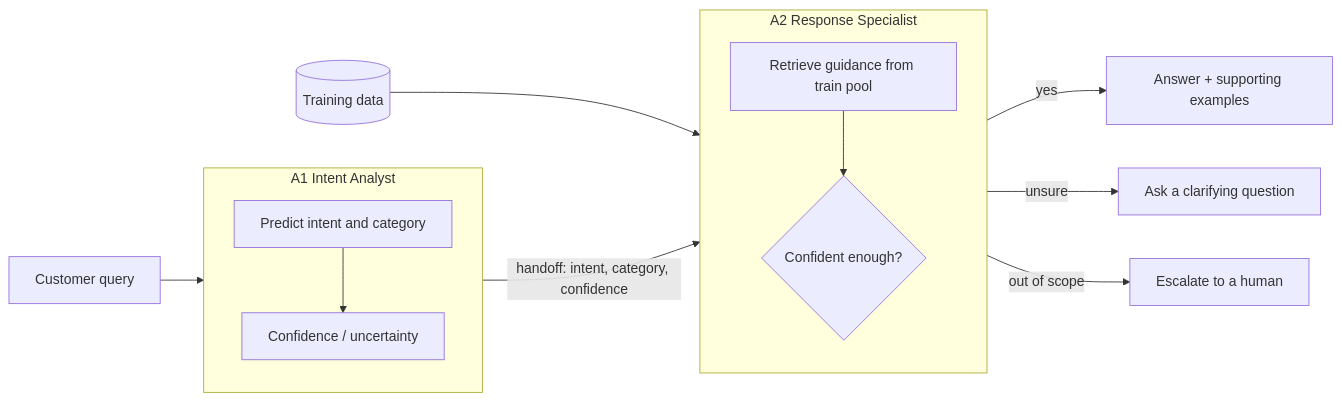
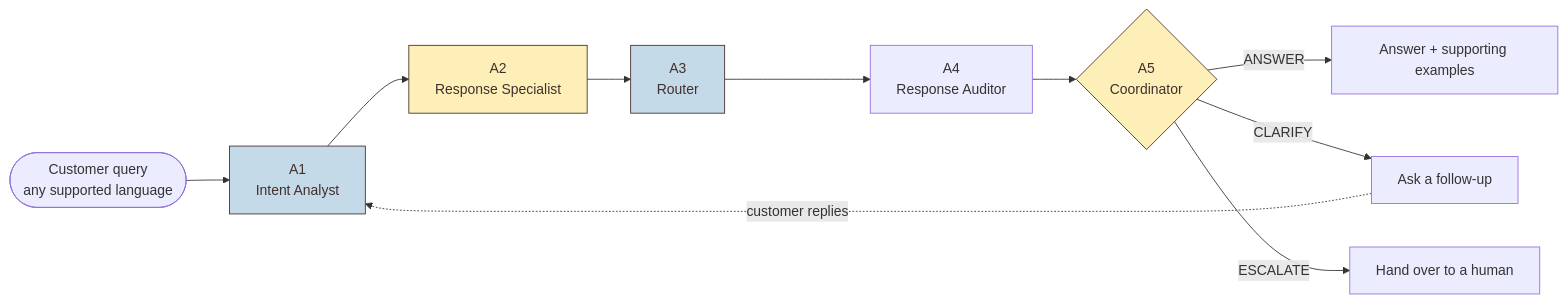
The first of 2 diagrams in README.md (soulyuloid34/grahak-seva), drawn with Mermaid before and after one commit. The commit also changed other lines of this file and 40 other files, not shown here.

Commit message:
add landing page, new query UI, charts and navbar

````diff
--- a/README.md
+++ b/README.md
@@ -9,21 +11,18 @@
 ```mermaid
 flowchart LR
-    Q[Customer query] --> A1
-    subgraph A1[A1 Intent Analyst]
-        direction TB
-        I[Predict intent and category]
-        C[Confidence / uncertainty]
-        I --> C
-    end
-    A1 -- "handoff: intent, category, confidence" --> A2
-    subgraph A2[A2 Response Specialist]
-        direction TB
-        R[Retrieve guidance from train pool]
-        D{Confident enough?}
-        R --> D
-    end
-    T[(Training data)] --> R
-    D -- yes --> ANS[Answer + supporting examples]
-    D -- unsure --> CL[Ask a clarifying question]
-    D -- out of scope --> ES[Escalate to a human]
+    Q(["Customer query<br/>any supported language"]) --> A1["A1<br/>Intent Analyst"]
+    A1 --> A2["A2<br/>Response Specialist"]
+    A2 --> A3["A3<br/>Router"]
+    A3 --> A4["A4<br/>Response Auditor"]
+    A4 --> A5{"A5<br/>Coordinator"}
+
+    A5 -- ANSWER --> ANS["Answer + supporting examples"]
+    A5 -- CLARIFY --> CL["Ask a follow-up"]
+    A5 -- ESCALATE --> ES["Hand over to a human"]
+    CL -. "customer replies" .-> A1
+
+    classDef blue fill:#c4dae8,stroke:#432f2e,color:#432f2e
+    classDef butter fill:#feefb8,stroke:#432f2e,color:#432f2e
+    class A1,A3 blue
+    class A2,A5 butter
 ```
````
